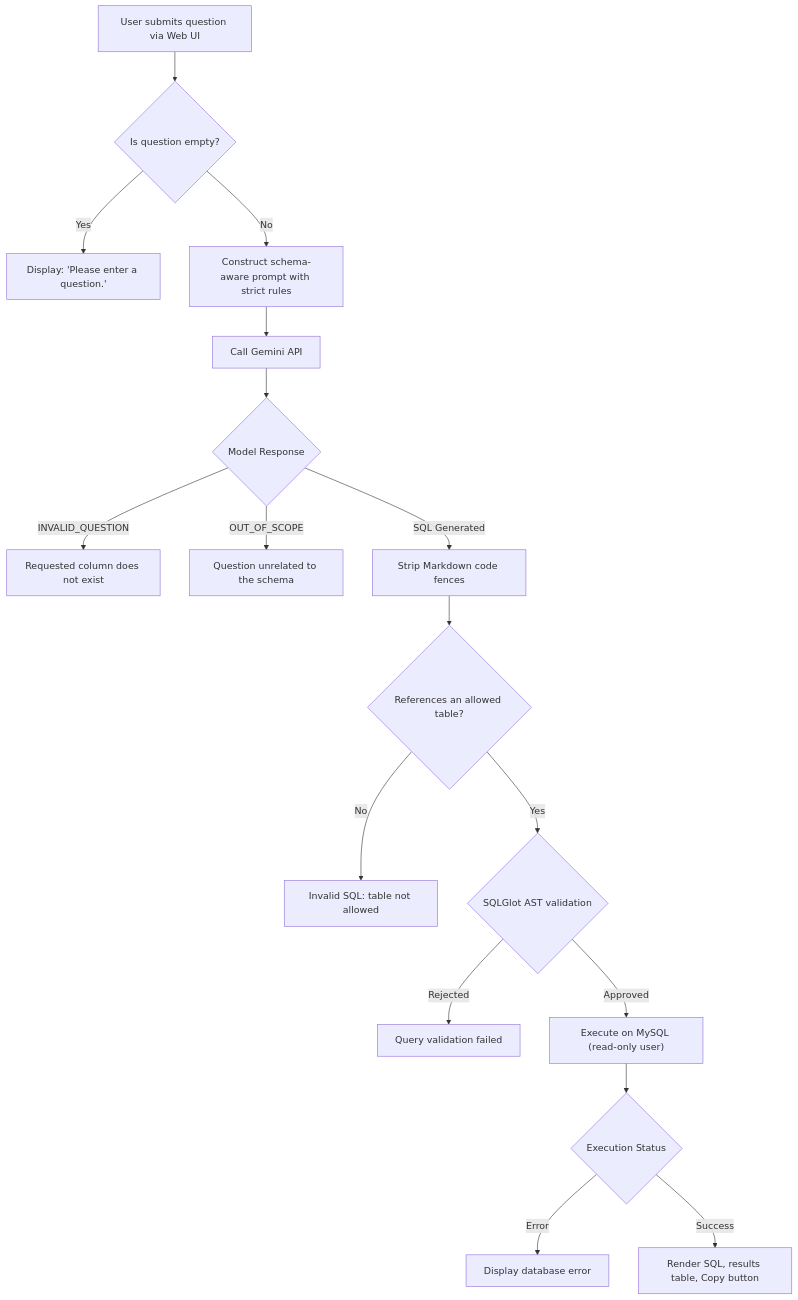
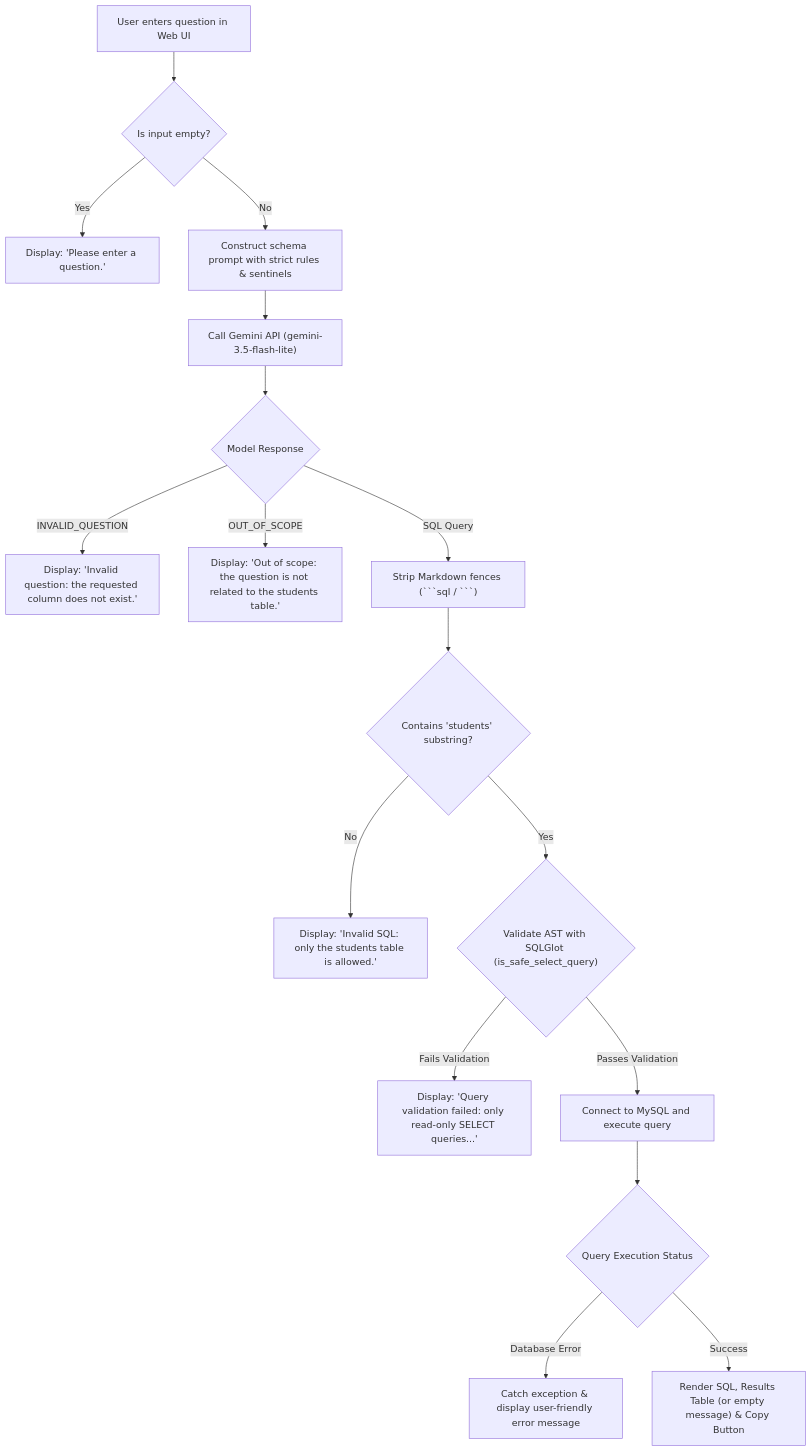
Before and after one commit to om-saxena34/Text-to-SQL-Project: the diagram in README.md, drawn with Mermaid. The commit also changed other lines of this file and 5 other files, not shown here.

````diff
--- a/README.md
+++ b/README.md
@@ -26,19 +75,19 @@
 ```mermaid
 flowchart TD
-    User["User submits question via Web UI"] --> CheckEmpty{"Is question empty?"}
-    CheckEmpty -- "Yes" --> ErrEmpty["Display: 'Please enter a question.'"]
-    CheckEmpty -- "No" --> PromptGen["Construct schema-aware prompt with strict rules"]
-    PromptGen --> GeminiAPI["Call Gemini API"]
-    GeminiAPI --> RespCheck{"Model Response"}
-    RespCheck -- "INVALID_QUESTION" --> ErrInv["Requested column does not exist"]
-    RespCheck -- "OUT_OF_SCOPE" --> ErrScope["Question unrelated to the schema"]
-    RespCheck -- "SQL Generated" --> CleanSQL["Strip Markdown code fences"]
-    CleanSQL --> CheckTable{"References an allowed table?"}
-    CheckTable -- "No" --> ErrTable["Invalid SQL: table not allowed"]
-    CheckTable -- "Yes" --> ValidateAST{"SQLGlot AST validation"}
-    ValidateAST -- "Rejected" --> ErrVal["Query validation failed"]
-    ValidateAST -- "Approved" --> RunDB["Execute on MySQL (read-only user)"]
-    RunDB --> DBCheck{"Execution Status"}
-    DBCheck -- "Error" --> ErrDB["Display database error"]
-    DBCheck -- "Success" --> ShowResults["Render SQL, results table, Copy button"]
+    User["User enters question in Web UI"] --> ValidateEmpty{"Is input empty?"}
+    ValidateEmpty -- "Yes" --> ShowEmpty["Display: 'Please enter a question.'"]
+    ValidateEmpty -- "No" --> BuildPrompt["Construct schema prompt with strict rules & sentinels"]
+    BuildPrompt --> CallGemini["Call Gemini API (gemini-3.5-flash-lite)"]
+    CallGemini --> InspectResponse{"Model Response"}
+    InspectResponse -- "INVALID_QUESTION" --> ShowInvalidCol["Display: 'Invalid question: the requested column does not exist.'"]
+    InspectResponse -- "OUT_OF_SCOPE" --> ShowOutOfScope["Display: 'Out of scope: the question is not related to the students table.'"]
+    InspectResponse -- "SQL Query" --> CleanFences["Strip Markdown fences (```sql / ```)"]
+    CleanFences --> CheckSubstr{"Contains 'students' substring?"}
+    CheckSubstr -- "No" --> ShowTableError["Display: 'Invalid SQL: only the students table is allowed.'"]
+    CheckSubstr -- "Yes" --> ASTValidation{"Validate AST with SQLGlot (is_safe_select_query)"}
+    ASTValidation -- "Fails Validation" --> ShowValError["Display: 'Query validation failed: only read-only SELECT queries...'"]
+    ASTValidation -- "Passes Validation" --> ExecuteDB["Connect to MySQL and execute query"]
+    ExecuteDB --> DBCheck{"Query Execution Status"}
+    DBCheck -- "Database Error" --> ShowDBError["Catch exception & display user-friendly error message"]
+    DBCheck -- "Success" --> RenderResults["Render SQL, Results Table (or empty message) & Copy Button"]
 ```
````
